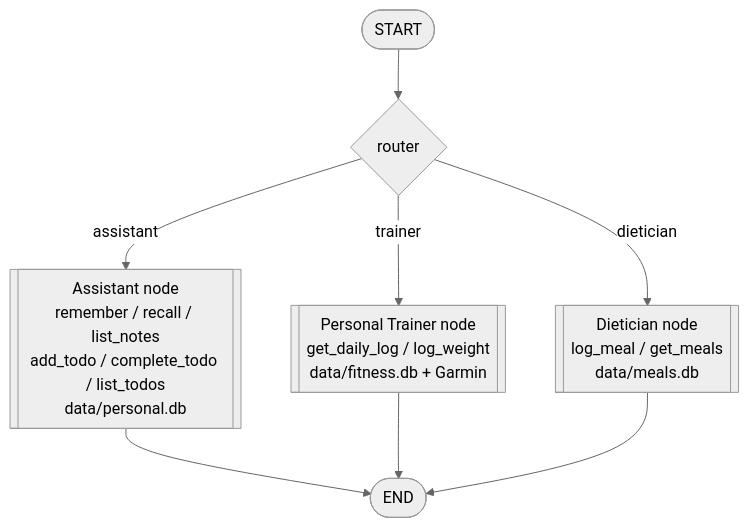
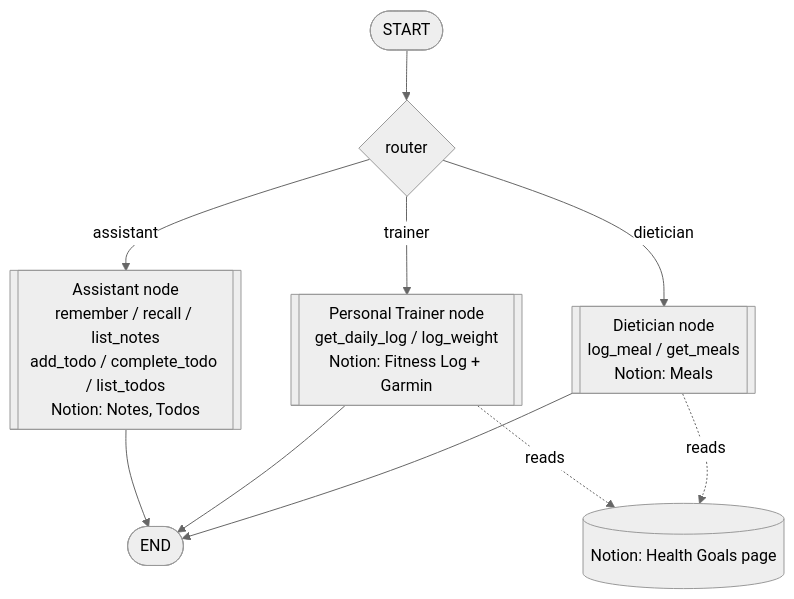
One commit to ram3917/Rama_AIMe changed the diagram in README.md. Above: the diagram before and after it, drawn with Mermaid (neutral theme). The commit also changed other lines of this file and 16 other files, not shown here.

````diff
--- a/README.md
+++ b/README.md
@@ -62,10 +82,12 @@
 ```mermaid
 flowchart TD
     START([START]) --> route{router}
-    route -->|assistant| assistant[["Assistant node<br/>remember / recall / list_notes<br/>add_todo / complete_todo / list_todos<br/>data/personal.db"]]
-    route -->|trainer| trainer[["Personal Trainer node<br/>get_daily_log / log_weight<br/>data/fitness.db + Garmin"]]
-    route -->|dietician| dietician[["Dietician node<br/>log_meal / get_meals<br/>data/meals.db"]]
+    route -->|assistant| assistant[["Assistant node<br/>remember / recall / list_notes<br/>add_todo / complete_todo / list_todos<br/>Notion: Notes, Todos"]]
+    route -->|trainer| trainer[["Personal Trainer node<br/>get_daily_log / log_weight<br/>Notion: Fitness Log + Garmin"]]
+    route -->|dietician| dietician[["Dietician node<br/>log_meal / get_meals<br/>Notion: Meals"]]
+    trainer -.->|reads| goals[("Notion: Health Goals page")]
+    dietician -.->|reads| goals
     assistant --> END([END])
     trainer --> END
     dietician --> END
 ```
````
